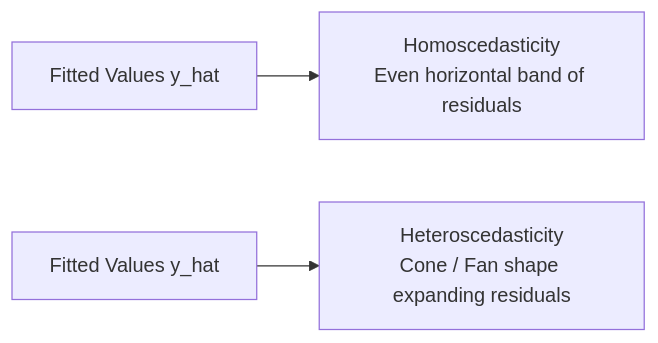
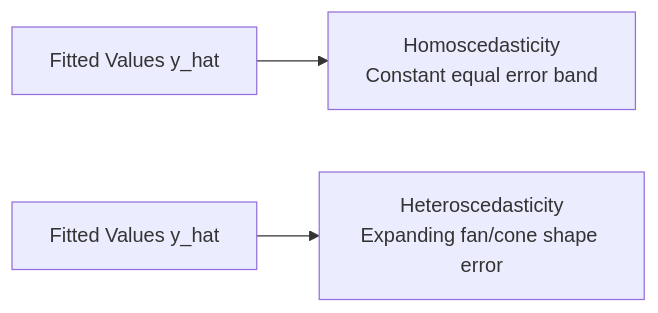
One commit to xrcodexcode/xr_node changed the second of 2 diagrams in 01_RAW/PROCESS/learn-core-machine-learning-part-09.md. Above: the diagram before and after it, drawn with Mermaid. The commit also changed other lines of this file and 15 other files, not shown here.

````diff
--- a/01_RAW/PROCESS/learn-core-machine-learning-part-09.md
+++ b/01_RAW/PROCESS/learn-core-machine-learning-part-09.md
@@ -67,5 +71,5 @@
 ```mermaid
 flowchart LR
-    Sub1["Fitted Values y_hat"] --> Hom["Homoscedasticity<br/>Even horizontal band of residuals"]
-    Sub2["Fitted Values y_hat"] --> Het["Heteroscedasticity<br/>Cone / Fan shape expanding residuals"]
+    Sub1["Fitted Values y_hat"] --> Hom["Homoscedasticity<br/>Constant equal error band"]
+    Sub2["Fitted Values y_hat"] --> Het["Heteroscedasticity<br/>Expanding fan/cone shape error"]
 ```
````
